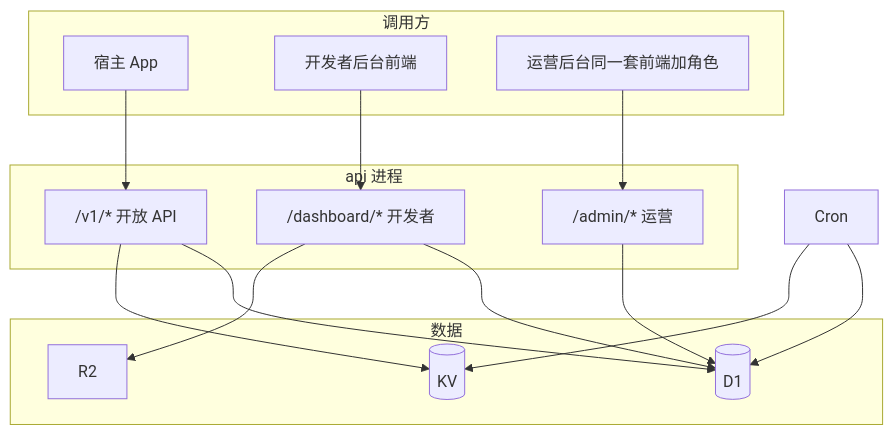
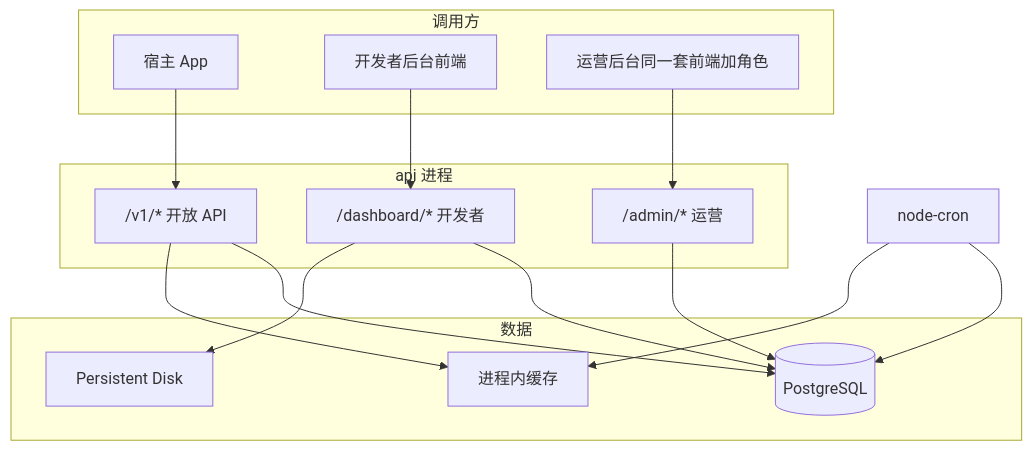
One commit to w2solo/appunion changed the first of 3 diagrams in TECH-appunions-backend.md. Above: the diagram before and after it, drawn with Mermaid. The commit also changed other lines of this file and 40 other files, not shown here.

````diff
--- a/TECH-appunions-backend.md
+++ b/TECH-appunions-backend.md
@@ -63,33 +63,33 @@
 ```mermaid
 flowchart TB
   subgraph clients [调用方]
     Mobile[宿主 App]
     Web[开发者后台前端]
     Ops[运营后台同一套前端加角色]
   end
 
   subgraph api [api 进程]
     OpenAPI["/v1/* 开放 API"]
     DashAPI["/dashboard/* 开发者"]
     AdminAPI["/admin/* 运营"]
   end
 
   subgraph data [数据]
-    PG[(D1)]
-    Redis[(KV)]
-    S3[R2]
+    PG[(PostgreSQL)]
+    Redis[进程内缓存]
+    S3[Persistent Disk]
   end
 
-  Worker[Cron]
+  Worker[node-cron]
 
   Mobile --> OpenAPI
   Web --> DashAPI
   Ops --> AdminAPI
   OpenAPI --> PG
   OpenAPI --> Redis
   DashAPI --> PG
   DashAPI --> S3
   AdminAPI --> PG
   Worker --> PG
   Worker --> Redis
 ```
````
